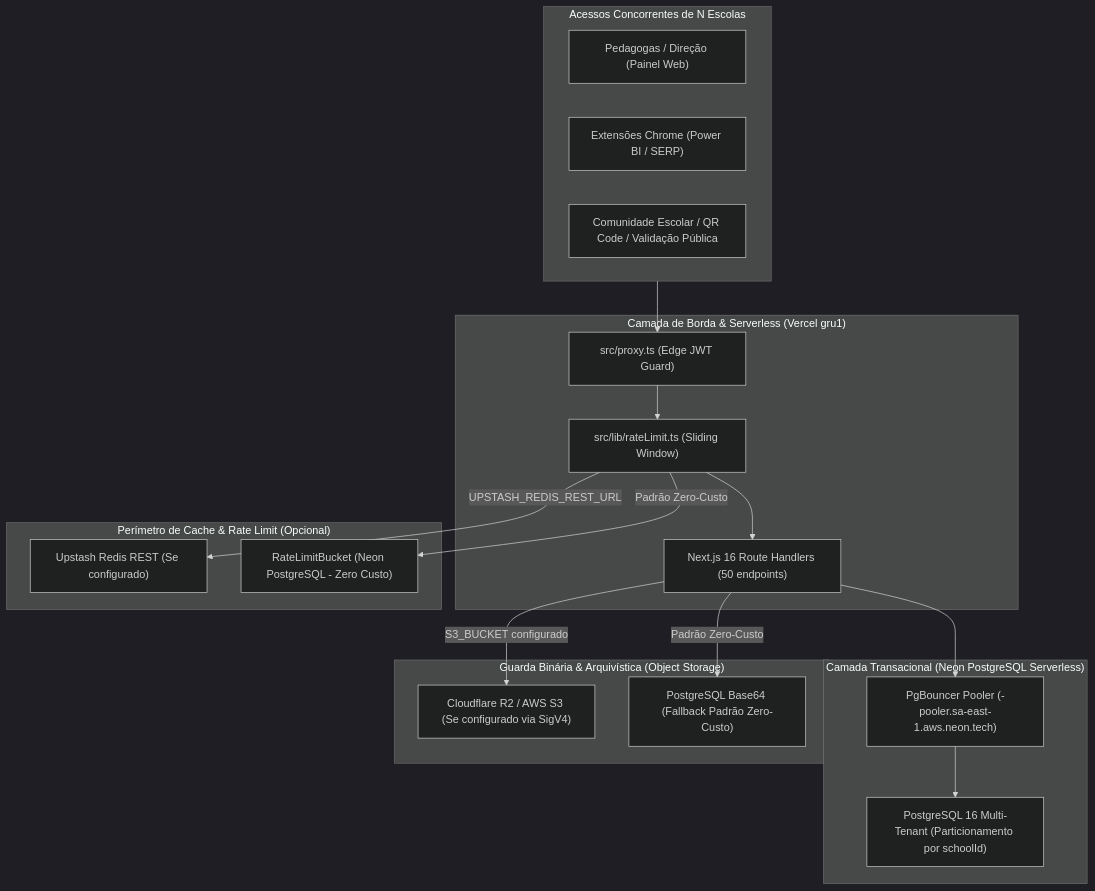
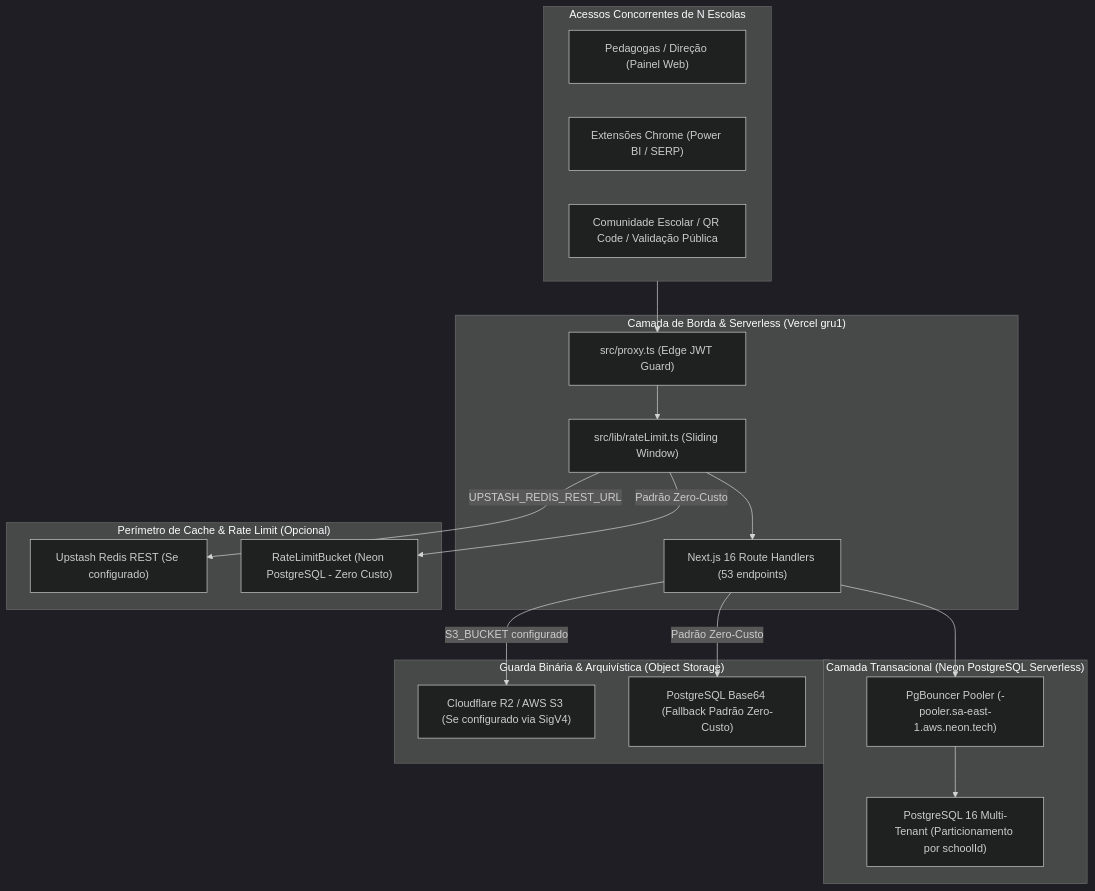
One commit to MarcosWrobel/rede-ativa changed the diagram in docs/GUIA_ESCALABILIDADE.md. Above: the diagram before and after it, drawn with Mermaid (dark theme). The commit also changed other lines of this file and 86 other files, not shown here.

````diff
--- a/docs/GUIA_ESCALABILIDADE.md
+++ b/docs/GUIA_ESCALABILIDADE.md
@@ -24,37 +24,37 @@
 ```mermaid
 flowchart TD
     subgraph CLIENTS ["Acessos Concorrentes de N Escolas"]
         PED["Pedagogas / Direção (Painel Web)"]
         EXT["Extensões Chrome (Power BI / SERP)"]
         PUB["Comunidade Escolar / QR Code / Validação Pública"]
     end
 
     subgraph VERCEL ["Camada de Borda & Serverless (Vercel gru1)"]
         PROXY["src/proxy.ts (Edge JWT Guard)"]
         RL["src/lib/rateLimit.ts (Sliding Window)"]
-        API["Next.js 16 Route Handlers (50 endpoints)"]
+        API["Next.js 16 Route Handlers (53 endpoints)"]
     end
 
     subgraph CACHE ["Perímetro de Cache & Rate Limit (Opcional)"]
         UPSTASH["Upstash Redis REST (Se configurado)"]
         PGLIM["RateLimitBucket (Neon PostgreSQL - Zero Custo)"]
     end
 
     subgraph DB ["Camada Transacional (Neon PostgreSQL Serverless)"]
         POOLER["PgBouncer Pooler (-pooler.sa-east-1.aws.neon.tech)"]
         NEON["PostgreSQL 16 Multi-Tenant (Particionamento por schoolId)"]
     end
 
     subgraph STORAGE ["Guarda Binária & Arquivística (Object Storage)"]
         R2["Cloudflare R2 / AWS S3 (Se configurado via SigV4)"]
         FALLBACK["PostgreSQL Base64 (Fallback Padrão Zero-Custo)"]
     end
 
     CLIENTS --> PROXY --> RL
     RL -->|"UPSTASH_REDIS_REST_URL"| UPSTASH
     RL -->|"Padrão Zero-Custo"| PGLIM
     RL --> API
     API --> POOLER --> NEON
     API -->|"S3_BUCKET configurado"| R2
     API -->|"Padrão Zero-Custo"| FALLBACK
 ```
````
